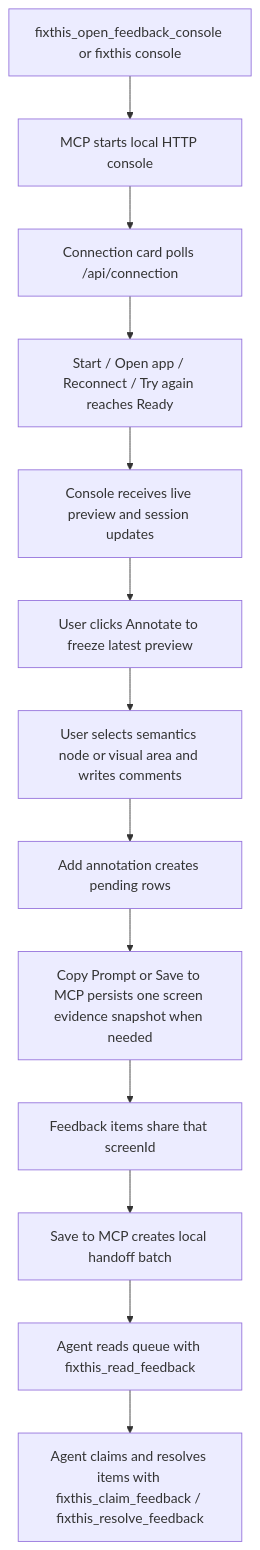
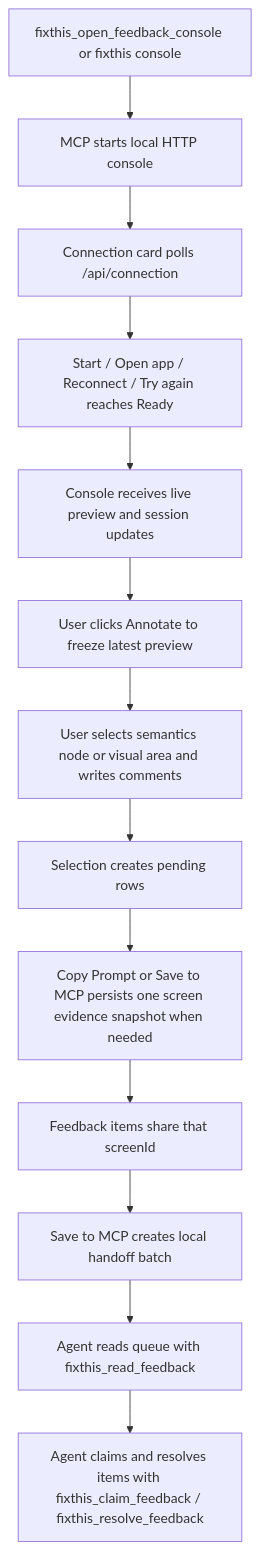
The second of 2 diagrams in docs/architecture/overview.md (beyondwin/FixThis), drawn with Mermaid before and after one commit. The commit also changed other lines of this file and 24 other files, not shown here.

````diff
--- a/docs/architecture/overview.md
+++ b/docs/architecture/overview.md
@@ -241,15 +241,15 @@
 ```mermaid
 flowchart TD
     A["fixthis_open_feedback_console or fixthis console"] --> B["MCP starts local HTTP console"]
     B --> C["Connection card polls /api/connection"]
     C --> D["Start / Open app / Reconnect / Try again reaches Ready"]
     D --> E["Console receives live preview and session updates"]
     E --> F["User clicks Annotate to freeze latest preview"]
     F --> G["User selects semantics node or visual area and writes comments"]
-    G --> H["Add annotation creates pending rows"]
+    G --> H["Selection creates pending rows"]
     H --> I["Copy Prompt or Save to MCP persists one screen evidence snapshot when needed"]
     I --> J["Feedback items share that screenId"]
     J --> K["Save to MCP creates local handoff batch"]
     K --> L["Agent reads queue with fixthis_read_feedback"]
     L --> M["Agent claims and resolves items with fixthis_claim_feedback / fixthis_resolve_feedback"]
 ```
````
